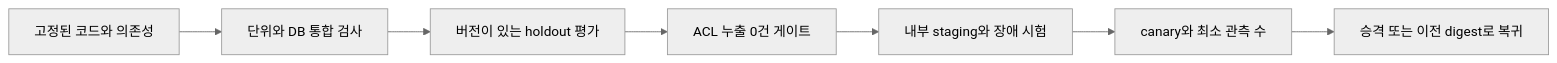
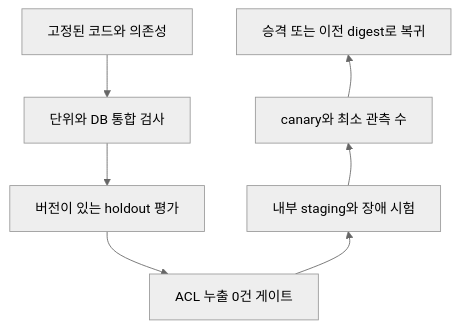
One commit to jay-jang/preparing-fde changed diagram 12 of 17 in docs/fde-prezi-ko.md. Above: the diagram before and after it, drawn with Mermaid (neutral theme). The commit also changed other lines of this file and 75 other files, not shown here.

````diff
--- a/docs/fde-prezi-ko.md
+++ b/docs/fde-prezi-ko.md
@@ -663,9 +849,15 @@
 ```mermaid
-flowchart LR
-  B["고정된 코드와 의존성"] --> T["단위와 DB 통합 검사"]
-  T --> E["버전이 있는 holdout 평가"]
-  E --> A["ACL 누출 0건 게이트"]
-  A --> S["내부 staging와 장애 시험"]
-  S --> C["canary와 최소 관측 수"]
-  C --> P["승격 또는 이전 digest로 복귀"]
+flowchart TB
+  P["승격 또는 이전 digest로 복귀"]
+  B["고정된 코드와 의존성"]
+  T["단위와 DB 통합 검사"]
+  E["버전이 있는 holdout 평가"]
+  A["ACL 누출 0건 게이트"]
+  S["내부 staging와 장애 시험"]
+  C["canary와 최소 관측 수"]
+  B --> T --> E --> A --> S --> C --> P
+  %% 보이지 않는 연결: 뒤쪽 단계를 오른쪽 열에 아래에서 위로 배치해 U자 흐름을 만든다
+  P ~~~ C
+  C ~~~ S
+  S ~~~ A
 ```
````
